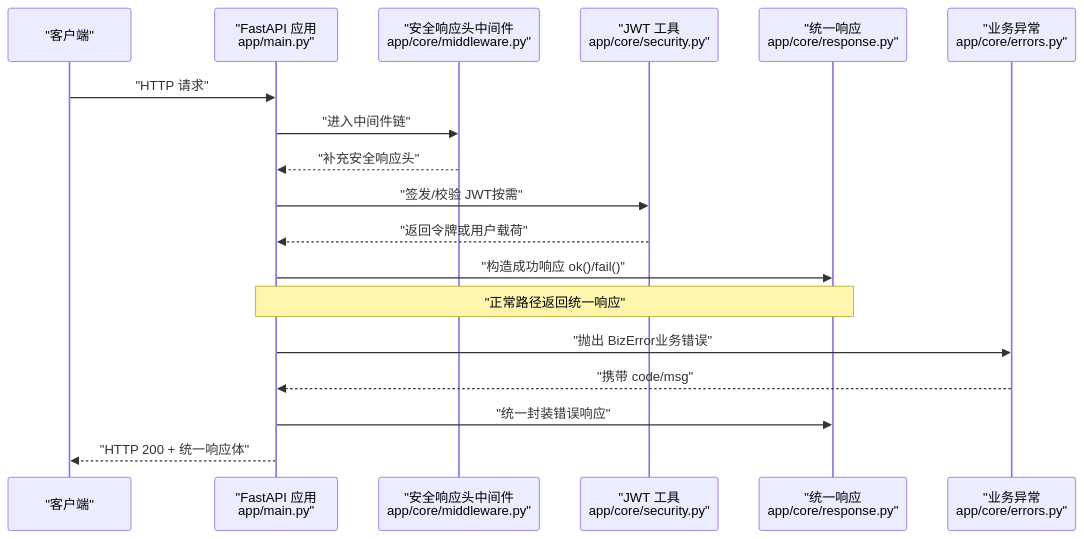
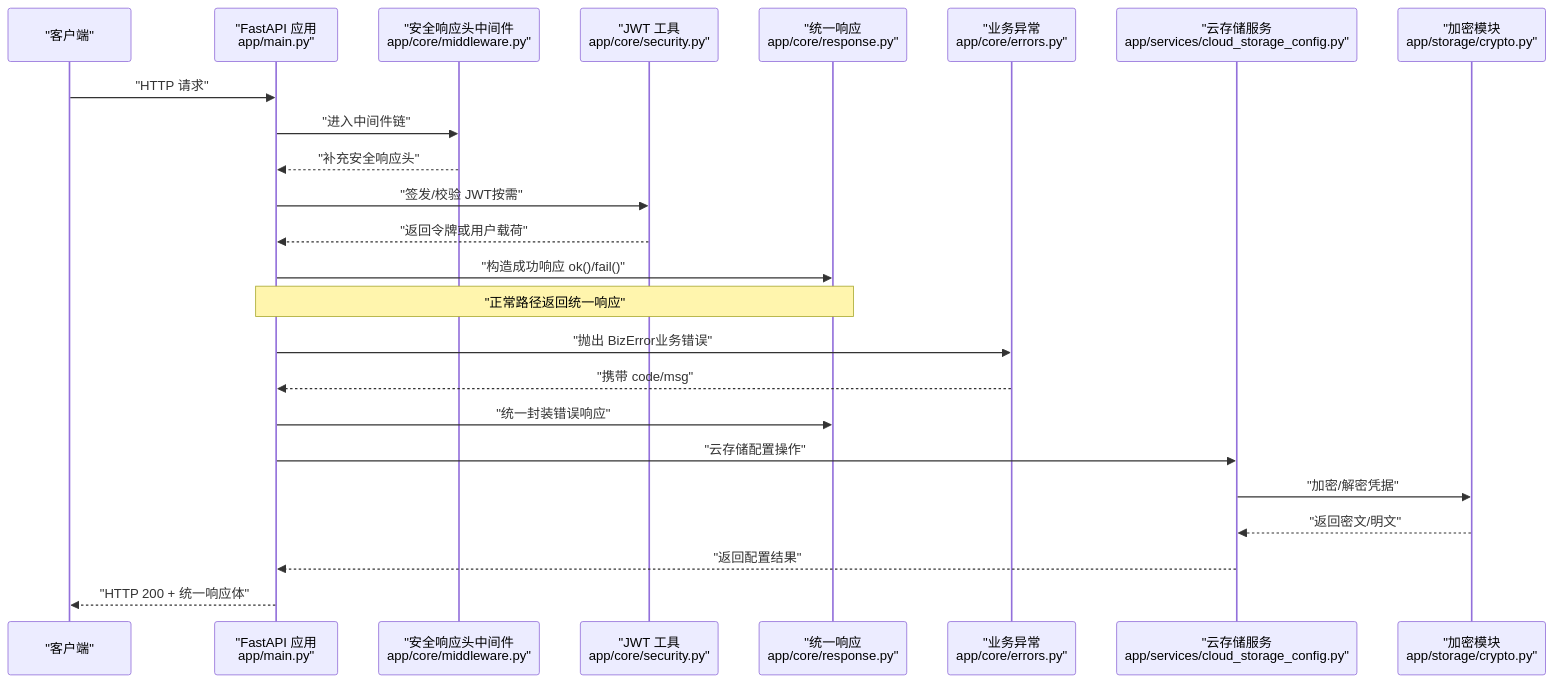
Before and after one commit to likele001/cenkor_mes: the second of 12 diagrams in .qoder/repowiki/zh/content/后端分层架构/核心基础设施（配置·安全·中间件·存储）.md, drawn with Mermaid. The commit also changed other lines of this file and 478 other files, not shown here.

````diff
--- a/.qoder/repowiki/zh/content/后端分层架构/核心基础设施（配置·安全·中间件·存储）.md
+++ b/.qoder/repowiki/zh/content/后端分层架构/核心基础设施（配置·安全·中间件·存储）.md
@@ -97,20 +144,26 @@
 ```mermaid
 sequenceDiagram
 participant Client as "客户端"
 participant App as "FastAPI 应用<br/>app/main.py"
 participant MW as "安全响应头中间件<br/>app/core/middleware.py"
 participant Sec as "JWT 工具<br/>app/core/security.py"
 participant Resp as "统一响应<br/>app/core/response.py"
 participant Err as "业务异常<br/>app/core/errors.py"
+participant CloudSvc as "云存储服务<br/>app/services/cloud_storage_config.py"
+participant Crypto as "加密模块<br/>app/storage/crypto.py"
 Client->>App : "HTTP 请求"
 App->>MW : "进入中间件链"
 MW-->>App : "补充安全响应头"
 App->>Sec : "签发/校验 JWT按需"
 Sec-->>App : "返回令牌或用户载荷"
 App->>Resp : "构造成功响应 ok()/fail()"
 Note over App,Resp : "正常路径返回统一响应"
 App->>Err : "抛出 BizError业务错误"
 Err-->>App : "携带 code/msg"
 App->>Resp : "统一封装错误响应"
+App->>CloudSvc : "云存储配置操作"
+CloudSvc->>Crypto : "加密/解密凭据"
+Crypto-->>CloudSvc : "返回密文/明文"
+CloudSvc-->>App : "返回配置结果"
 App-->>Client : "HTTP 200 + 统一响应体"
 ```
````
